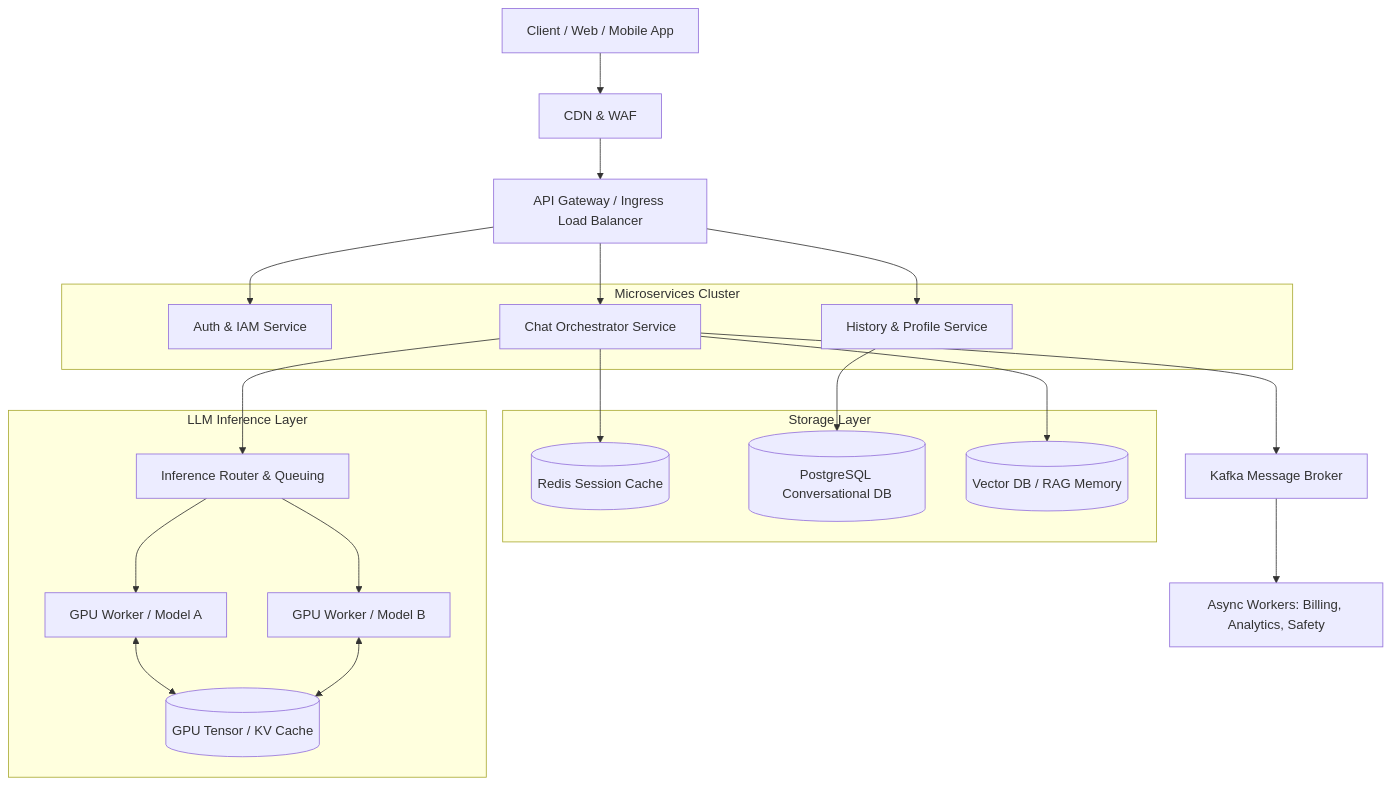
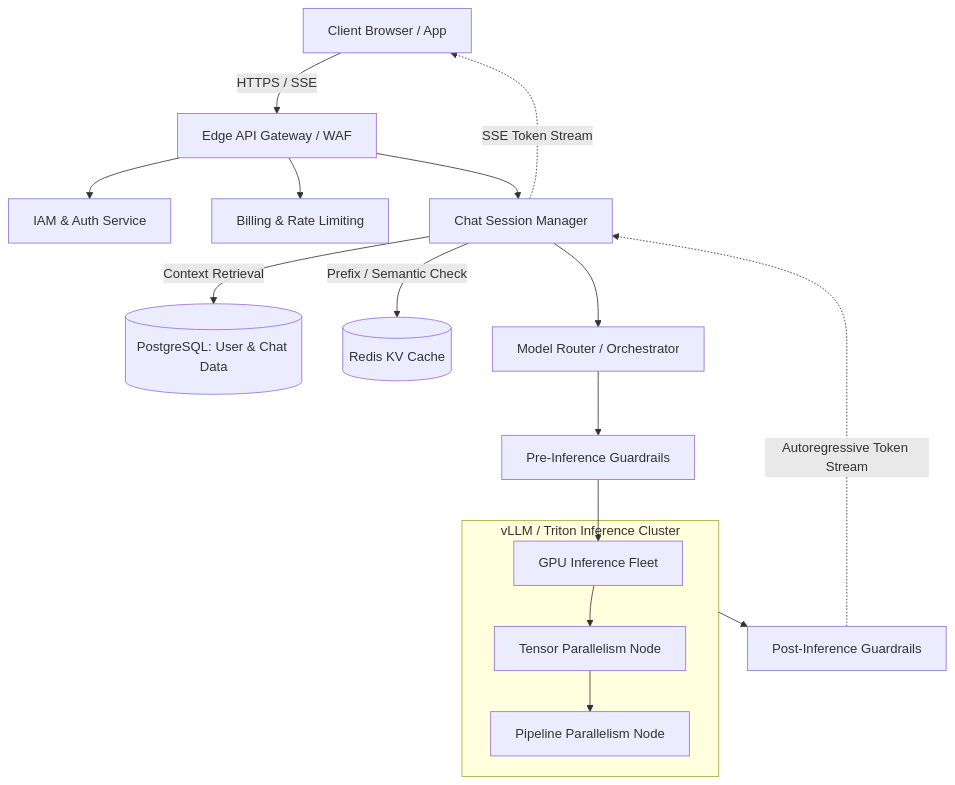
Before and after one commit to AdrianTorjKobza/System_Design: the diagram in Design_ChatGPT.md, drawn with Mermaid. The commit also changed other lines of this file, not shown here.

````diff
--- a/Design_ChatGPT.md
+++ b/Design_ChatGPT.md
@@ -8,48 +8,31 @@
 ```mermaid
-flowchart TD
-    %% External Layer
-    User[Client / Web / Mobile App] --> CDN[CDN & WAF]
-    CDN --> APIGW[API Gateway / Ingress Load Balancer]
-
-    %% Microservices Layer
-    subgraph Microservices Cluster
-        Auth[Auth & IAM Service]
-        Chat[Chat Orchestrator Service]
-        History[History & Profile Service]
+graph TD
+    %% Client & Edge Layer
+    Client[Client Browser / App] -->|HTTPS / SSE| API_Gateway[Edge API Gateway / WAF]
+    
+    %% API & Core Orchestration
+    API_Gateway --> Auth[IAM & Auth Service]
+    API_Gateway --> RateLimit[Billing & Rate Limiting]
+    API_Gateway --> SessionMgr[Chat Session Manager]
+    
+    %% Data & State Layer
+    SessionMgr -->|Context Retrieval| DB[(PostgreSQL: User & Chat Data)]
+    SessionMgr -->|Prefix / Semantic Check| Redis[(Redis KV Cache)]
+    
+    %% Routing & Safety 
+    SessionMgr --> Router[Model Router / Orchestrator]
+    Router --> PreSafety[Pre-Inference Guardrails]
+    
+    %% Inference Fleet
+    PreSafety --> GPU_Fleet[GPU Inference Fleet]
+    
+    subgraph GPU_Cluster [vLLM / Triton Inference Cluster]
+        GPU_Fleet --> TP[Tensor Parallelism Node]
+        TP --> PP[Pipeline Parallelism Node]
     end
-
-    APIGW --> Auth
-    APIGW --> Chat
-    APIGW --> History
-
-    %% Data Persistence & Cache
-    subgraph Storage Layer
-        Redis[(Redis Session Cache)]
-        Postgres[(PostgreSQL Conversational DB)]
-        VectorDB[(Vector DB / RAG Memory)]
-    end
-
-    Chat --> Redis
-    History --> Postgres
-    Chat --> VectorDB
-
-    %% Inference Layer
-    subgraph LLM Inference Layer
-        InfRouter[Inference Router & Queuing]
-        GPU1[GPU Worker / Model A]
-        GPU2[GPU Worker / Model B]
-        KVCache[(GPU Tensor / KV Cache)]
-    end
-
-    Chat --> InfRouter
-    InfRouter --> GPU1
-    InfRouter --> GPU2
-    GPU1 & GPU2 <--> KVCache
-
-    %% Async/Background Processing
-    Kafka[Kafka Message Broker]
-    Workers[Async Workers: Billing, Analytics, Safety]
-
-    Chat --> Kafka
-    Kafka --> Workers
+    
+    %% Post Safety & Egress
+    GPU_Cluster --> PostSafety[Post-Inference Guardrails]
+    PostSafety -.->|Autoregressive Token Stream| SessionMgr
+    SessionMgr -.->|SSE Token Stream| Client
 ```
````
